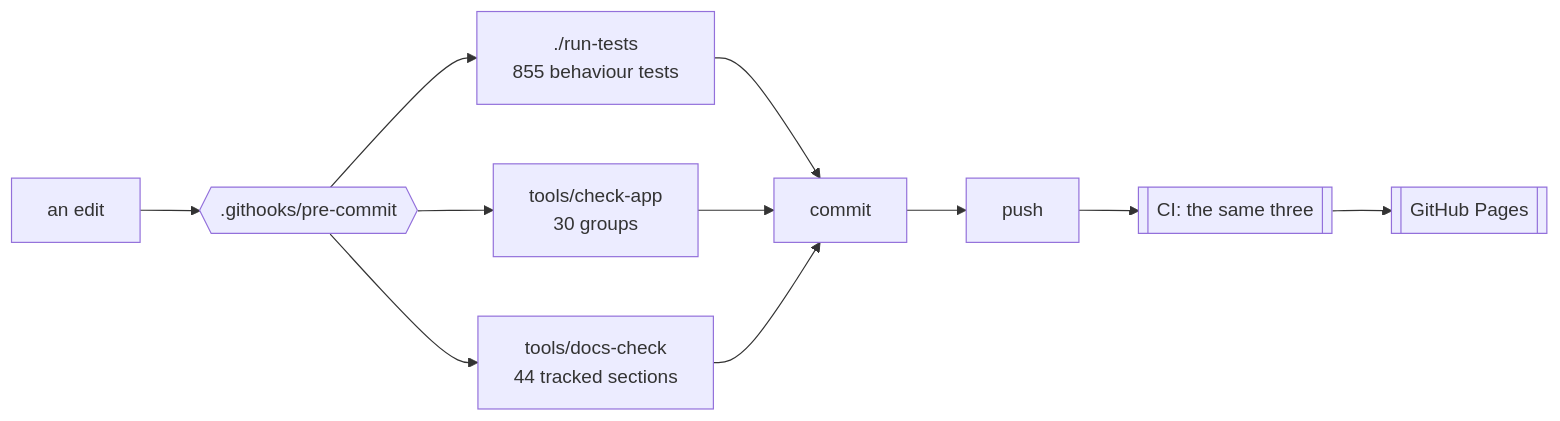
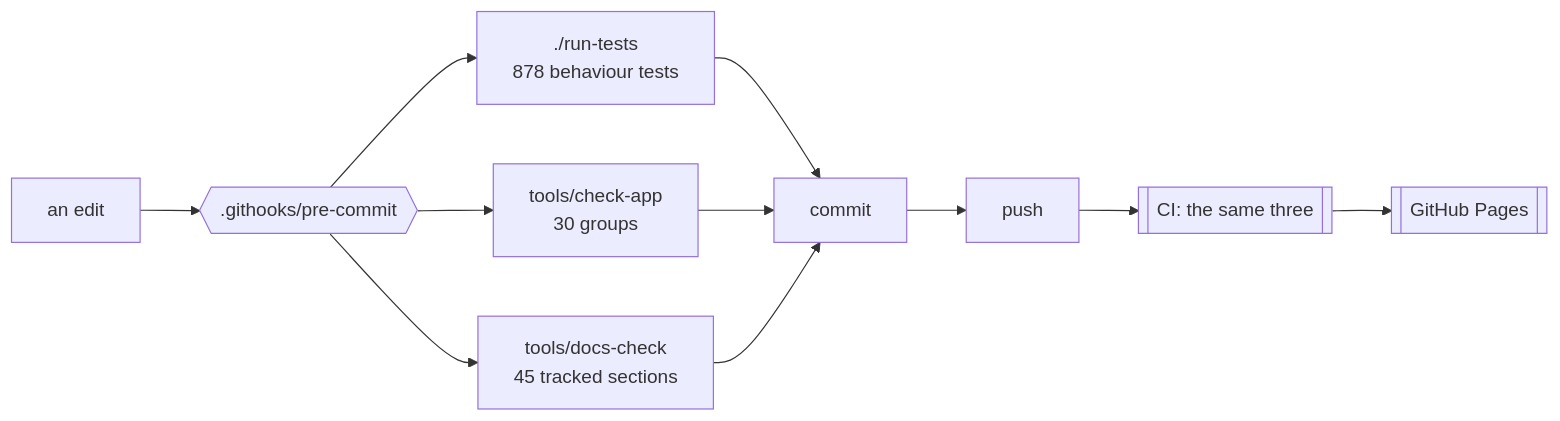
One commit to minormending/crystal-pilot-mobile changed the first of 3 diagrams in docs/DEVELOPING.md. Above: the diagram before and after it, drawn with Mermaid. The commit also changed other lines of this file and 5 other files, not shown here.

````diff
--- a/docs/DEVELOPING.md
+++ b/docs/DEVELOPING.md
@@ -15,12 +15,12 @@
 ```mermaid
 flowchart LR
     E[an edit] --> H{{".githooks/pre-commit"}}
-    H --> T["./run-tests<br/>855 behaviour tests"]
+    H --> T["./run-tests<br/>878 behaviour tests"]
     H --> C["tools/check-app<br/>30 groups"]
-    H --> D["tools/docs-check<br/>44 tracked sections"]
+    H --> D["tools/docs-check<br/>45 tracked sections"]
     T --> OK[commit]
     C --> OK
     D --> OK
     OK --> P[push] --> CI[["CI: the same three"]]
     CI --> PG[[GitHub Pages]]
 ```
````
